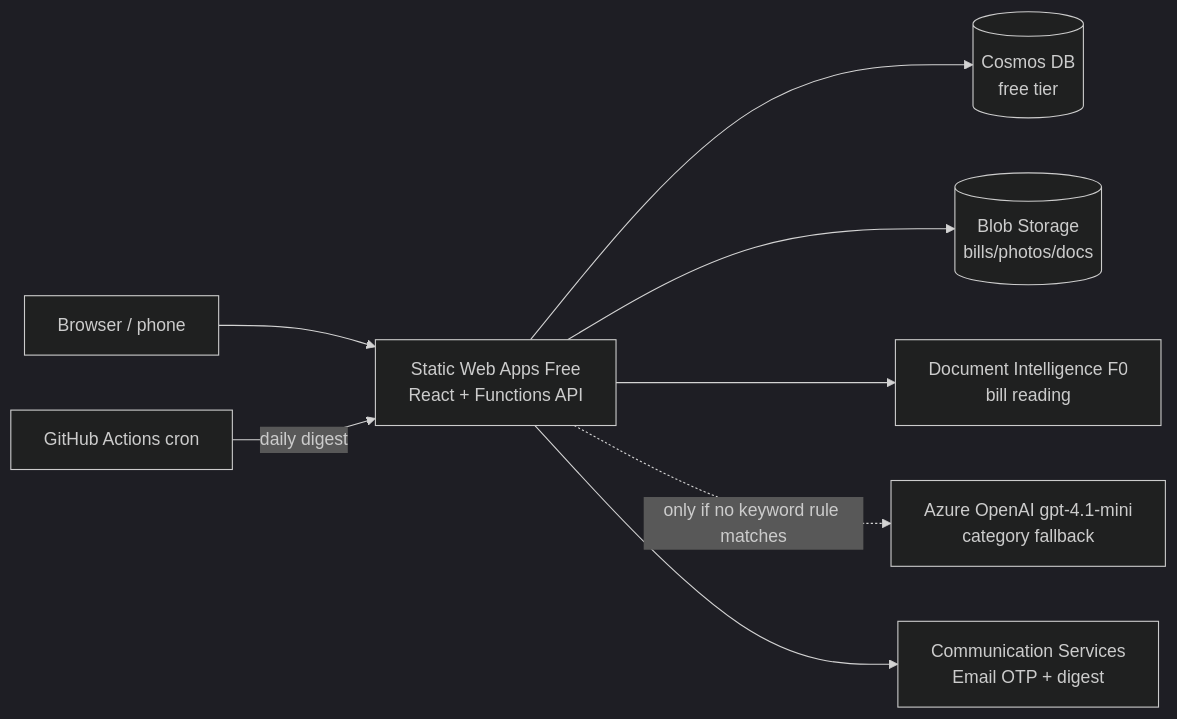
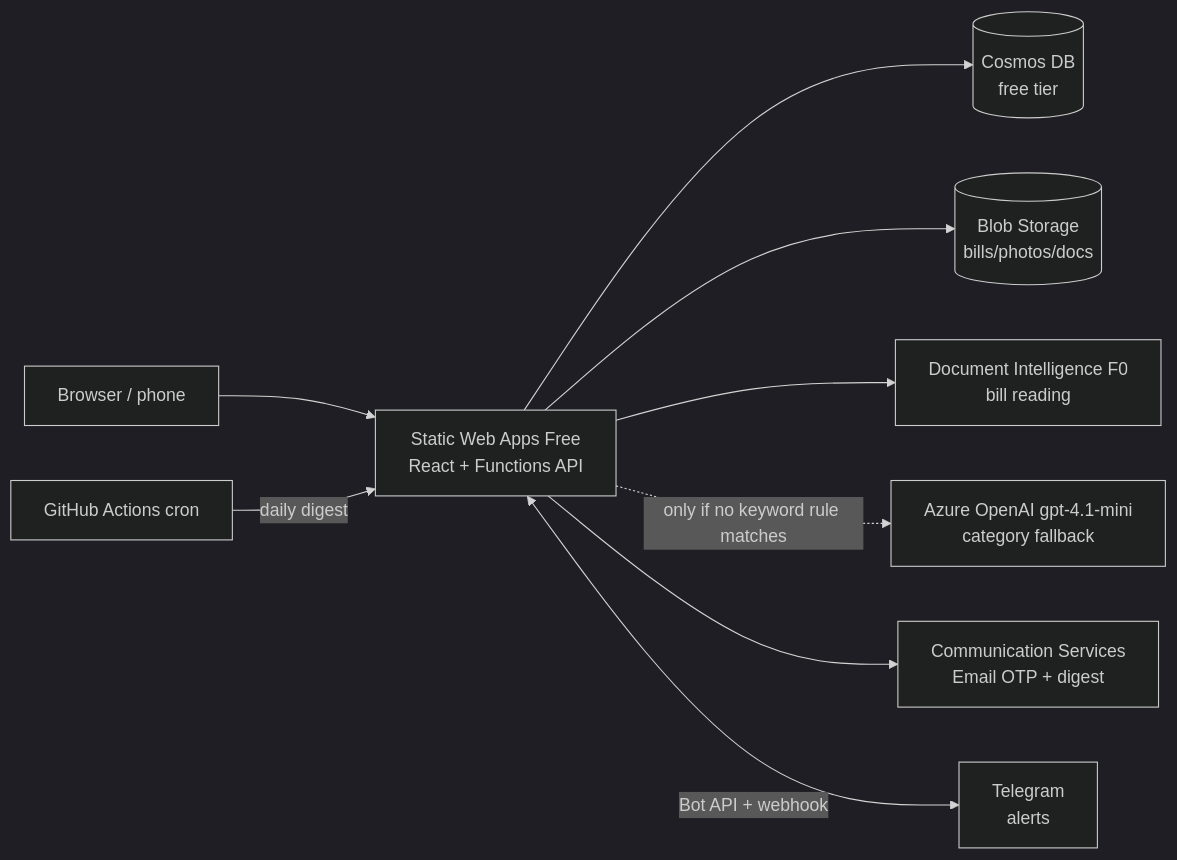
The diagram in README.md (hsreeramdevops/anantam_ventures), drawn with Mermaid (dark theme) before and after one commit. The commit also changed other lines of this file and 14 other files, not shown here.

````diff
--- a/README.md
+++ b/README.md
@@ -30,10 +31,11 @@
 ```mermaid
 flowchart LR
   U[Browser / phone] --> SWA[Static Web Apps Free<br/>React + Functions API]
   SWA --> C[(Cosmos DB<br/>free tier)]
   SWA --> B[(Blob Storage<br/>bills/photos/docs)]
   SWA --> DI[Document Intelligence F0<br/>bill reading]
   SWA -.->|only if no keyword rule matches| AOAI[Azure OpenAI gpt-4.1-mini<br/>category fallback]
   SWA --> ACS[Communication Services<br/>Email OTP + digest]
+  SWA <-->|Bot API + webhook| TG[Telegram<br/>alerts]
   GH[GitHub Actions cron] -->|daily digest| SWA
 ```
````
